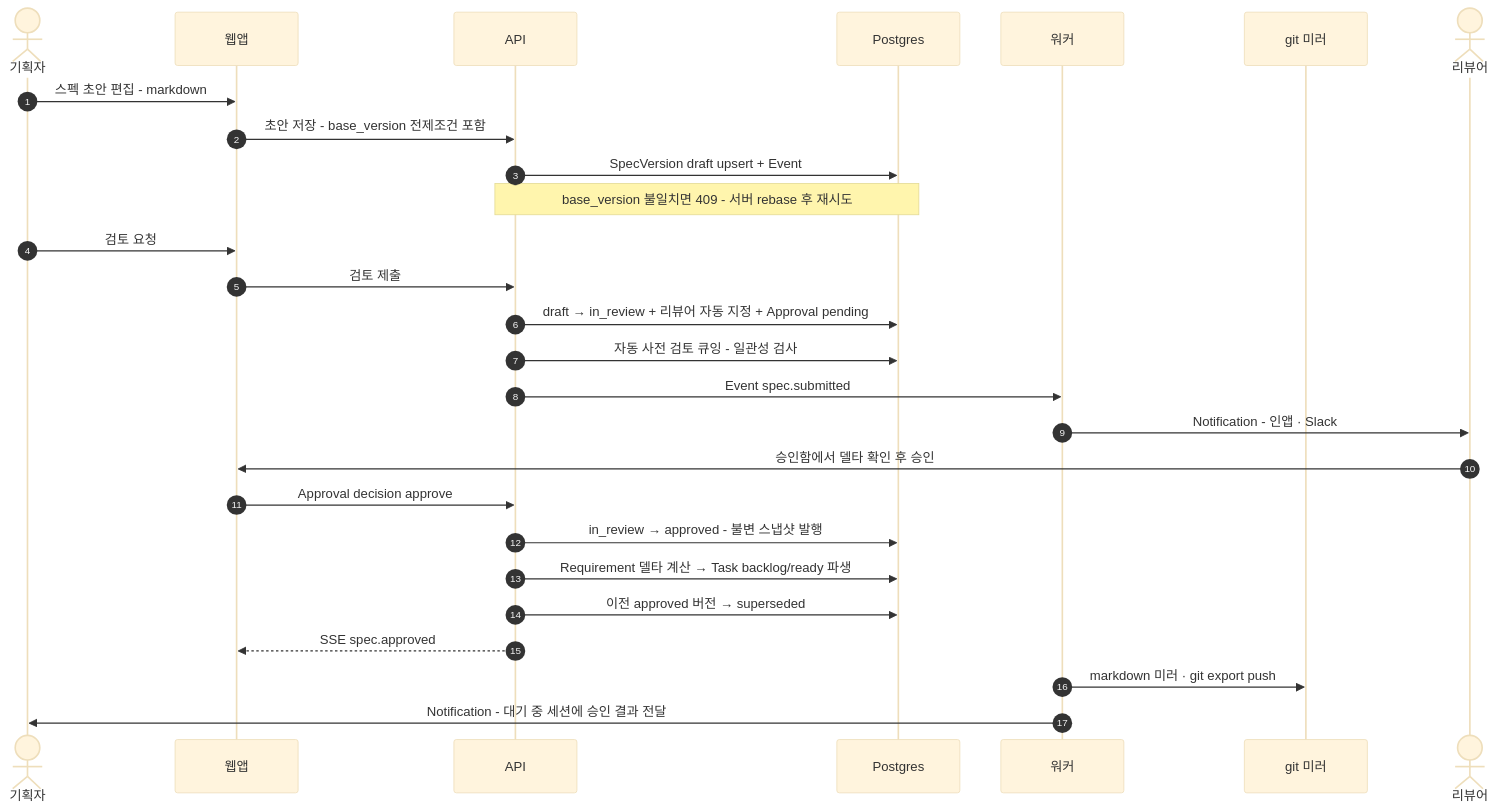
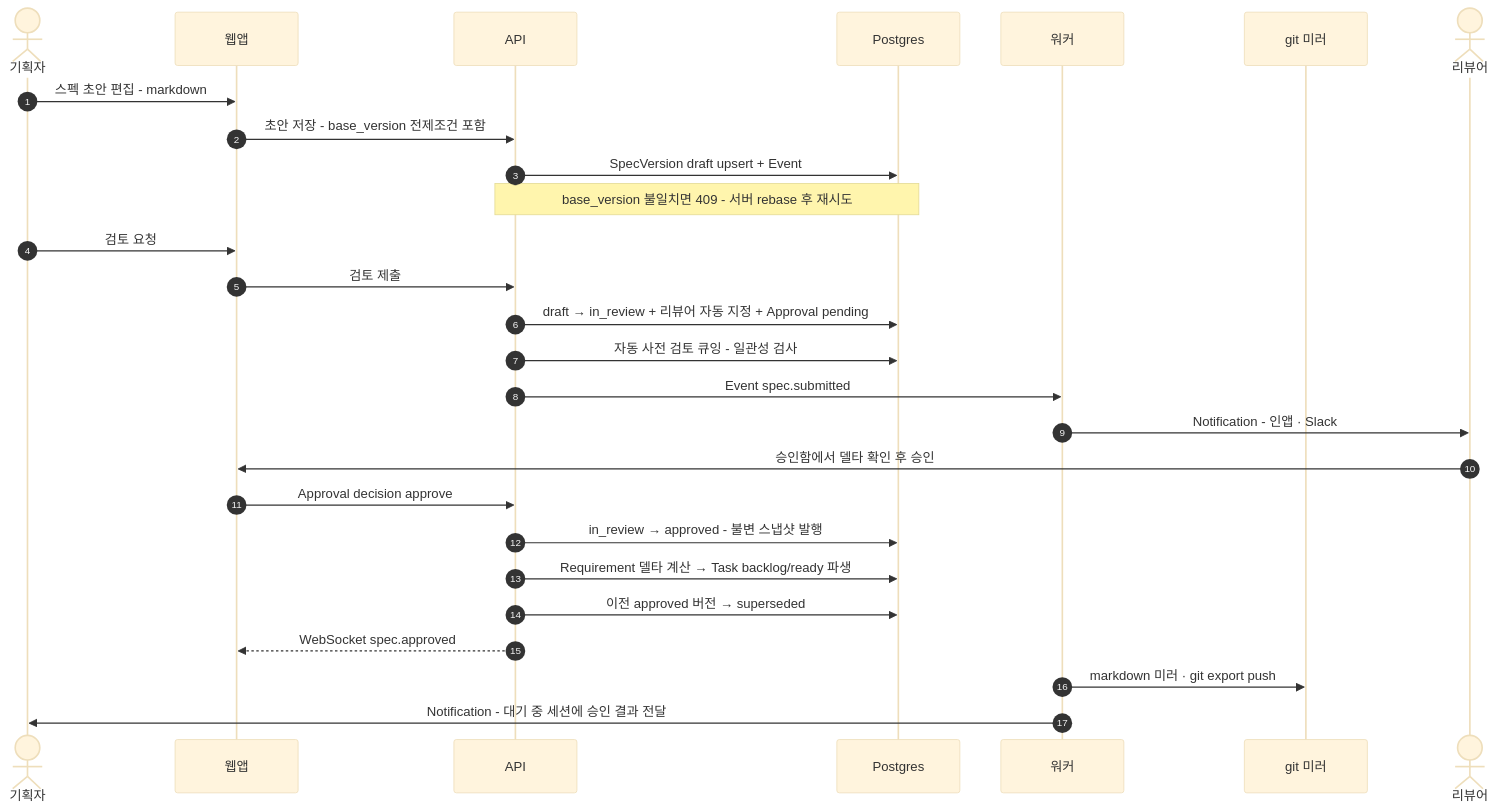
The second of 6 diagrams in docs/03-proposal/architecture.md (worker-ants/nerv), drawn with Mermaid (base theme) before and after one commit. The commit also changed other lines of this file and 38 other files, not shown here.

First line of the commit message:
docs: MVP 구체화 4부 신설 (md+html 8편) + 실시간 채널 WebSocket 확정

````diff
--- a/docs/03-proposal/architecture.md
+++ b/docs/03-proposal/architecture.md
@@ -172,29 +172,29 @@
 ```mermaid
 sequenceDiagram
   autonumber
   actor P as 기획자
   participant W as 웹앱
   participant A as API
   participant DB as Postgres
   participant K as 워커
   participant MIR as git 미러
   actor R as 리뷰어
   P->>W: 스펙 초안 편집 - markdown
   W->>A: 초안 저장 - base_version 전제조건 포함
   A->>DB: SpecVersion draft upsert + Event
   Note over A,DB: base_version 불일치면 409 - 서버 rebase 후 재시도
   P->>W: 검토 요청
   W->>A: 검토 제출
   A->>DB: draft → in_review + 리뷰어 자동 지정 + Approval pending
   A->>DB: 자동 사전 검토 큐잉 - 일관성 검사
   A->>K: Event spec.submitted
   K->>R: Notification - 인앱 · Slack
   R->>W: 승인함에서 델타 확인 후 승인
   W->>A: Approval decision approve
   A->>DB: in_review → approved - 불변 스냅샷 발행
   A->>DB: Requirement 델타 계산 → Task backlog/ready 파생
   A->>DB: 이전 approved 버전 → superseded
-  A-->>W: SSE spec.approved
+  A-->>W: WebSocket spec.approved
   K->>MIR: markdown 미러 · git export push
   K->>P: Notification - 대기 중 세션에 승인 결과 전달
 ```
````
